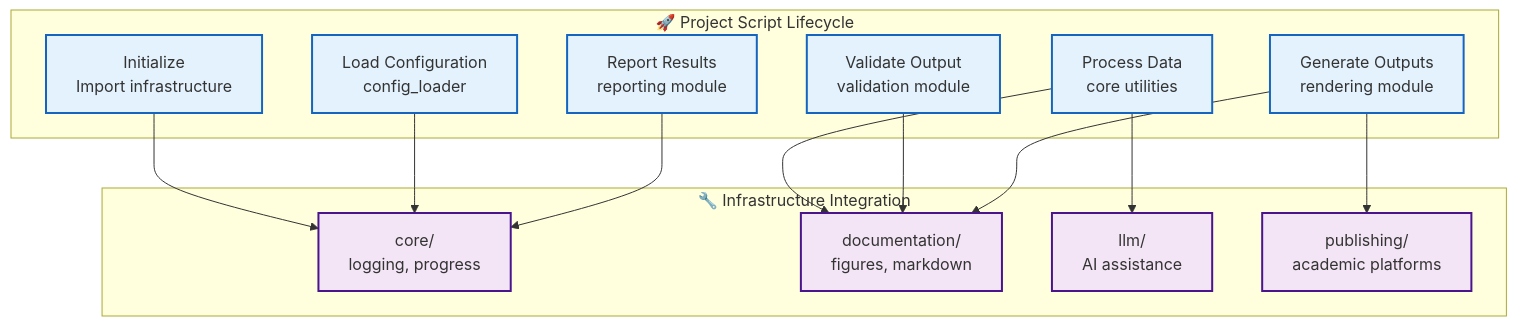
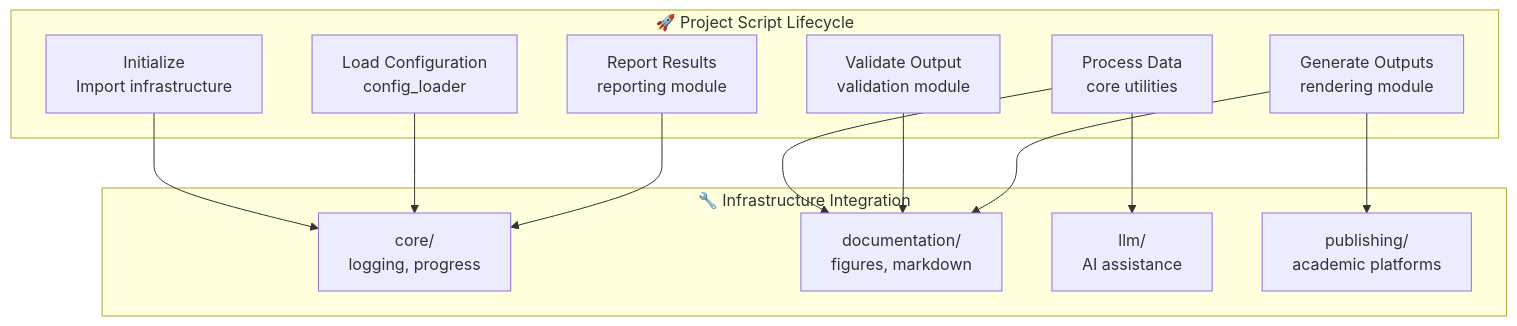
One commit to docxology/template changed the fifth of 5 diagrams in infrastructure/README.md. Above: the diagram before and after it, drawn with Mermaid. The commit also changed other lines of this file and 243 other files, not shown here.

````diff
--- a/infrastructure/README.md
+++ b/infrastructure/README.md
@@ -279,34 +256,31 @@
 ```mermaid
 flowchart TD
     subgraph "🚀 Project Script Lifecycle"
         INIT[Initialize<br/>Import infrastructure]
         CONFIG[Load Configuration<br/>config_loader]
         PROCESS[Process Data<br/>core utilities]
         VALIDATE[Validate Output<br/>validation module]
         RENDER[Generate Outputs<br/>rendering module]
         REPORT[Report Results<br/>reporting module]
     end
 
     subgraph "🔧 Infrastructure Integration"
         CORE[core/<br/>logging, progress]
         DOC[documentation/<br/>figures, markdown]
         LLM[llm/<br/>AI assistance]
         PUBLISH[publishing/<br/>academic platforms]
     end
 
     INIT --> CORE
     CONFIG --> CORE
     PROCESS --> DOC
     VALIDATE --> DOC
     RENDER --> DOC
     REPORT --> CORE
 
     PROCESS --> LLM
     RENDER --> PUBLISH
 
-    classDef script fill:#e3f2fd,stroke:#1565c0,stroke-width:2px
-    classDef infra fill:#f3e5f5,stroke:#4a148c,stroke-width:2px
-
     class INIT,CONFIG,PROCESS,VALIDATE,RENDER,REPORT script
     class CORE,DOC,LLM,PUBLISH infra
 ```
````
